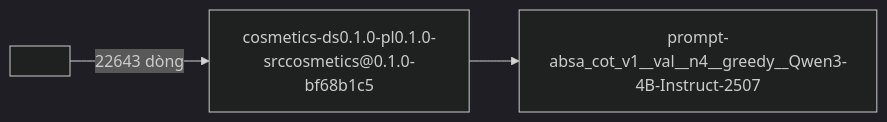
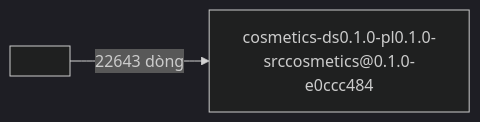
Before and after one commit to TrieuKhac-dev/SentimentX: the diagram in data/reports/dataset_registry/dataset_registry.md, drawn with Mermaid (dark theme). The commit also changed 13 other files, not shown here.

````diff
--- a/data/reports/dataset_registry/dataset_registry.md
+++ b/data/reports/dataset_registry/dataset_registry.md
@@ -3,8 +3,6 @@
 ```mermaid
 graph LR
   n1["<nguồn v0.1.0>"]
-  n2["cosmetics-ds0.1.0-pl0.1.0-srccosmetics@0.1.0-bf68b1c5"]
-  n3["prompt-absa_cot_v1__val__n4__greedy__Qwen3-4B-Instruct-2507"]
+  n2["cosmetics-ds0.1.0-pl0.1.0-srccosmetics@0.1.0-e0ccc484"]
   n1 -->|22643 dòng| n2
-  n2 --> n3
 ```
````
